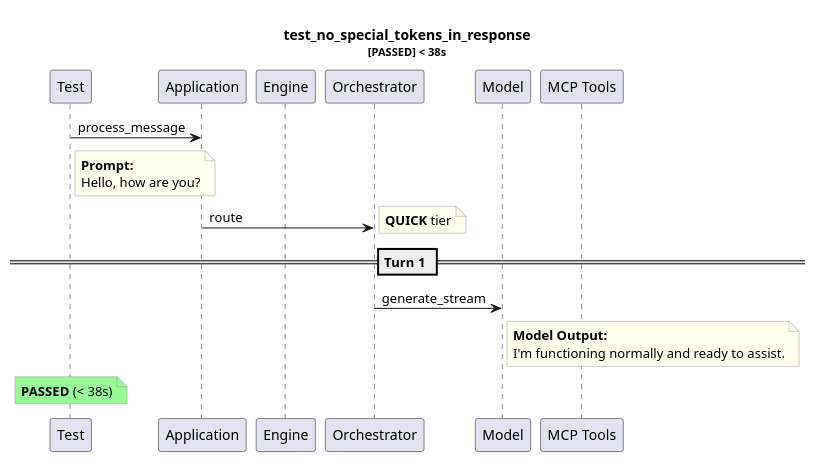
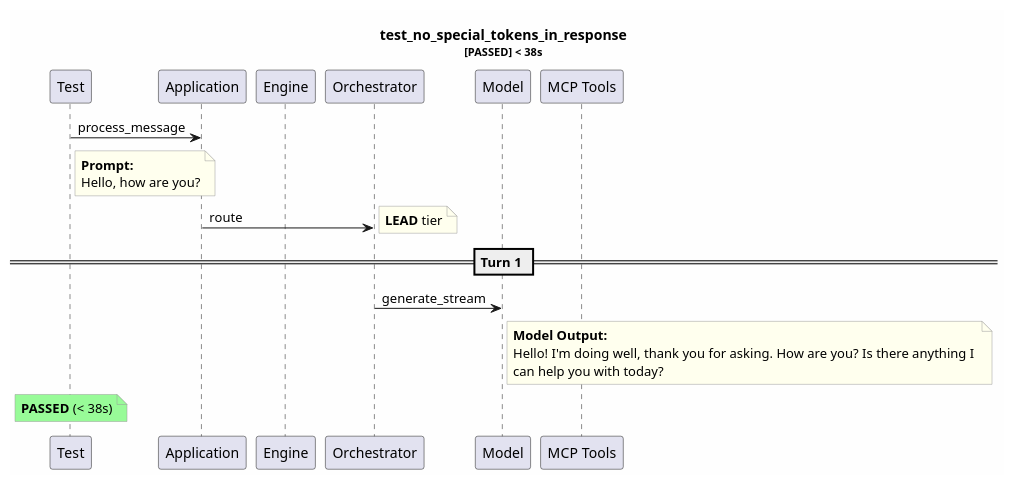
One commit to tvanfossen/entropic changed the diagram in test-reports/logs/test_no_special_tokens_in_response/test_no_special_tokens_in_response.puml. Above: the diagram before and after it, drawn with PlantUML. The commit also changed 70 other files, not shown here.

```diff
--- a/test-reports/logs/test_no_special_tokens_in_response/test_no_special_tokens_in_response.puml
+++ b/test-reports/logs/test_no_special_tokens_in_response/test_no_special_tokens_in_response.puml
@@ -1,31 +1,32 @@
 @startuml
 skinparam backgroundColor #FEFEFE
 skinparam noteBorderColor #999999
 skinparam noteBackgroundColor #FFFFEE
 title test_no_special_tokens_in_response\n<size:11>[PASSED] < 38s</size>
 
 participant "Test" as T
 participant "Application" as App
 participant "Engine" as Eng
 participant "Orchestrator" as Orch
 participant "Model" as Mdl
 participant "MCP Tools" as MCP
 
 T -> App: process_message
 note right of T
   **Prompt:**
   Hello, how are you?
 end note
 App -> Orch: route
-note right: **QUICK** tier
+note right: **LEAD** tier
 == Turn 1 ==
 Orch -> Mdl: generate_stream
 note right of Mdl
   **Model Output:**
-  I'm functioning normally and ready to assist.
+  Hello! I'm doing well, thank you for asking. How are you? Is there anything I 
+  can help you with today?
 end note
 note over T #palegreen
   **PASSED** (< 38s)
 end note
 
 @enduml
```
